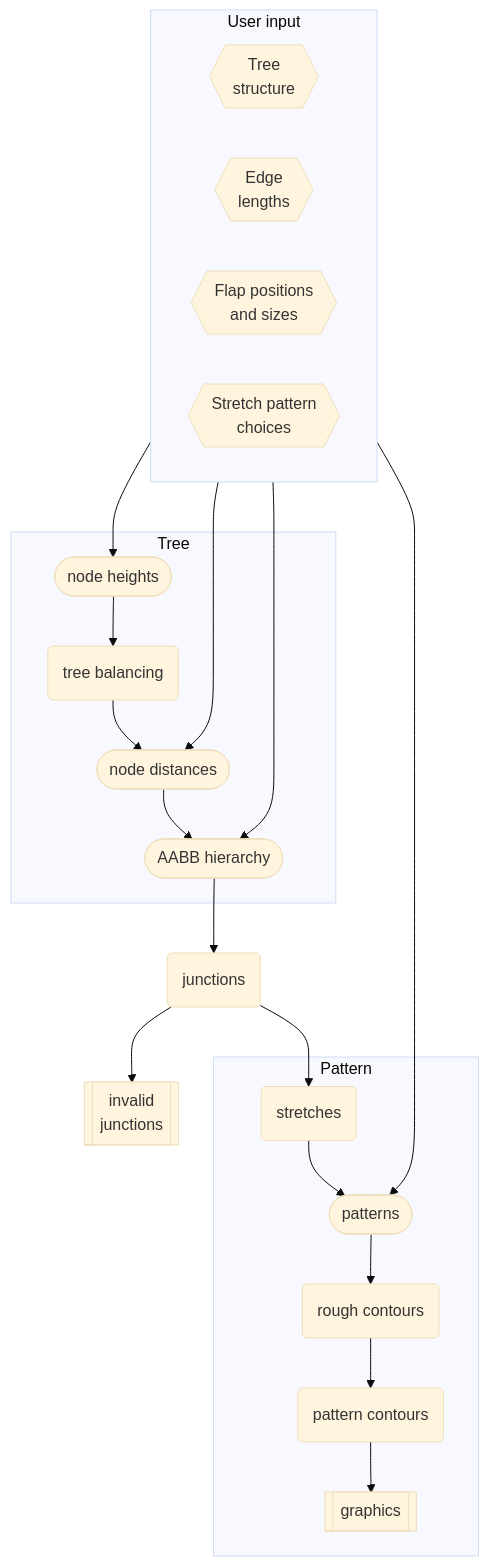
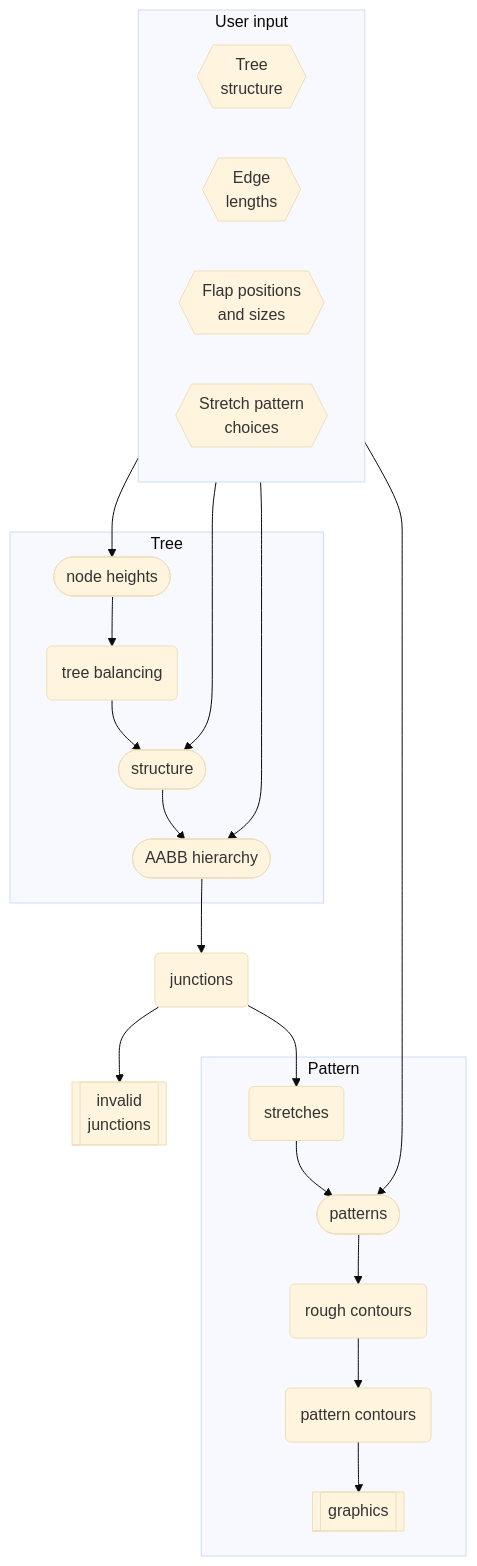
One commit to bp-studio/box-pleating-studio changed the diagram in src/core/README.md. Above: the diagram before and after it, drawn with Mermaid (base theme). The commit also changed 8 other files, not shown here.

````diff
--- a/src/core/README.md
+++ b/src/core/README.md
@@ -27,31 +27,31 @@
 ```mermaid
 flowchart TB
 subgraph User input
 	direction LR
 	T{{Tree\nstructure}}
 	L{{Edge\nlengths}}
 	F{{Flap positions\nand sizes}}
 	P{{Stretch pattern\nchoices}}
 end
 subgraph Tree
 	h([node heights])
 	b(tree balancing)
-	d([node distances])
+	d([structure])
 	a([AABB hierarchy])
 end
 j(junctions)
 i[[invalid\njunctions]]
 subgraph Pattern
 	s(stretches)
 	p([patterns])
 	rc(rough contours)
 	pc(pattern contours)
 	g[[graphics]]
 end
 
 T --> h --> b
 b & L --> d
 d & F --> a --> j --> i & s
 rc --> pc --> g
 s & P --> p --> rc
 ```
````
